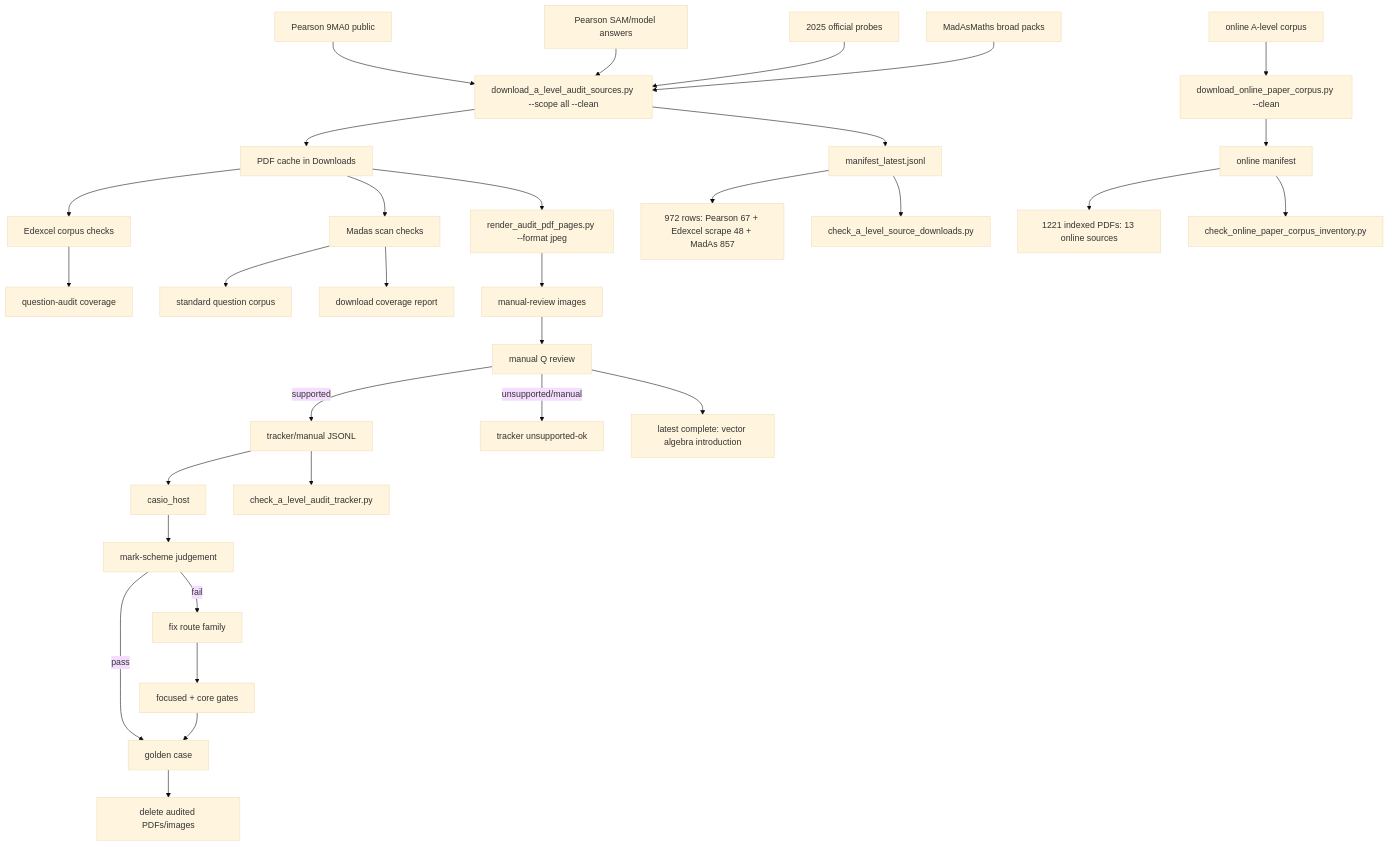
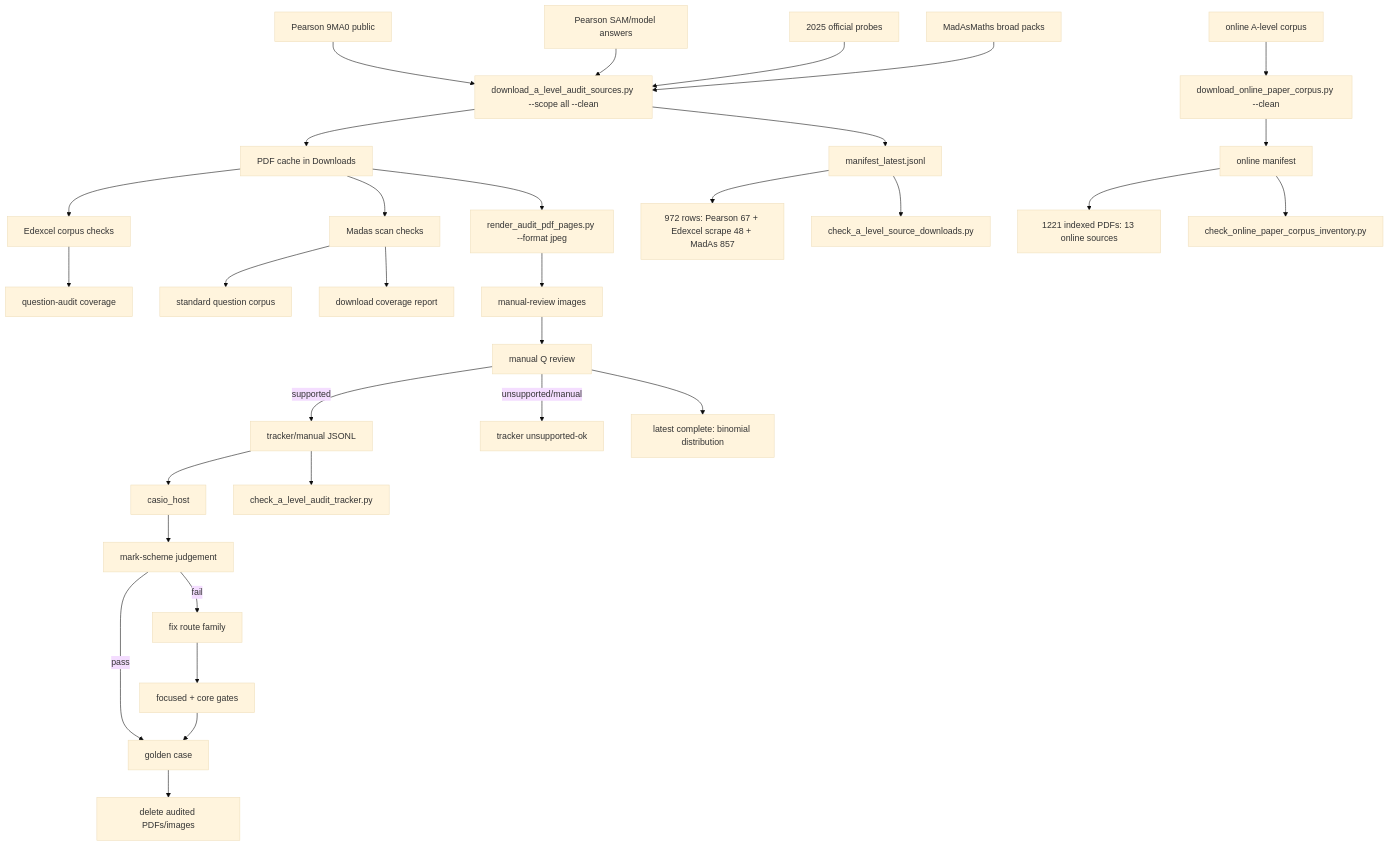
One commit to james8464/notes-addin-casio-fx-cg50 changed the diagram in c++/tools/golden/a_level_audit_graph.md. Above: the diagram before and after it, drawn with Mermaid (base theme). The commit also changed other lines of this file and 2 other files, not shown here.

Commit message:
Audit binomial distribution booklet

````diff
--- a/c++/tools/golden/a_level_audit_graph.md
+++ b/c++/tools/golden/a_level_audit_graph.md
@@ -3,34 +3,34 @@
 ```mermaid
 graph TD
   E1["Pearson 9MA0 public"] --> D["download_a_level_audit_sources.py --scope all --clean"]
   E2["Pearson SAM/model answers"] --> D
   E3["2025 official probes"] --> D
   M1["MadAsMaths broad packs"] --> D
   O1["online A-level corpus"] --> OD["download_online_paper_corpus.py --clean"]
   D --> P["PDF cache in Downloads"]
   D --> X["manifest_latest.jsonl"]
   OD --> OX["online manifest"]
   X --> XC["972 rows: Pearson 67 + Edexcel scrape 48 + MadAs 857"]
   OX --> OC["1221 indexed PDFs: 13 online sources"]
   X --> V["check_a_level_source_downloads.py"]
   OX --> OV["check_online_paper_corpus_inventory.py"]
   P --> E["Edexcel corpus checks"]
   E --> EQ["question-audit coverage"]
   P --> S["Madas scan checks"]
   S --> M["standard question corpus"]
   S --> MC["download coverage report"]
   P --> R["render_audit_pdf_pages.py --format jpeg"]
   R --> I["manual-review images"]
   I --> Q["manual Q review"]
   Q -->|supported| J["tracker/manual JSONL"]
   Q -->|unsupported/manual| U["tracker unsupported-ok"]
   J --> H["casio_host"]
   J --> K["check_a_level_audit_tracker.py"]
   H --> C["mark-scheme judgement"]
   C -->|pass| G["golden case"]
   C -->|fail| F["fix route family"]
   F --> T["focused + core gates"]
   T --> G
   G --> Z["delete audited PDFs/images"]
-  Q --> QVector["latest complete: vector algebra introduction"]
+  Q --> QBinom["latest complete: binomial distribution"]
 ```
````
